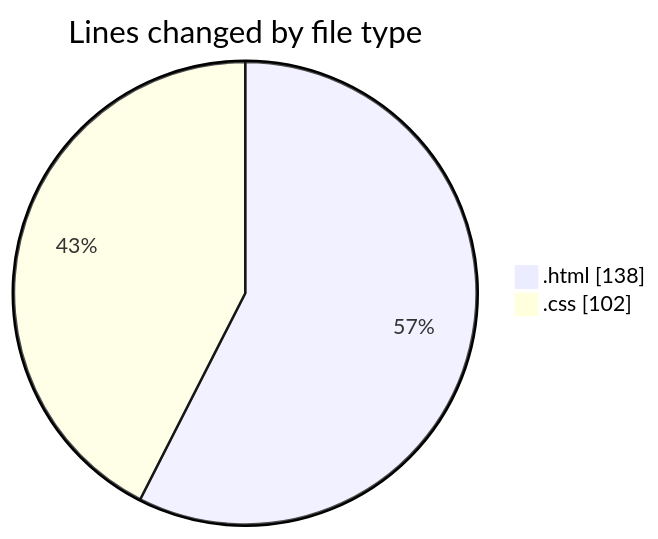
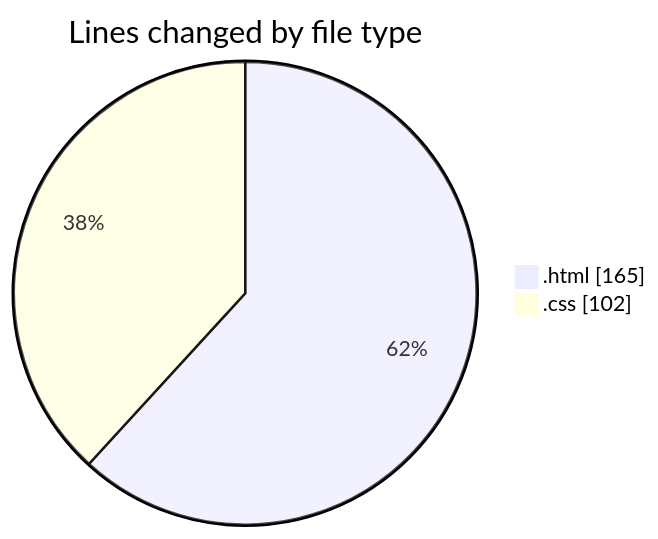
Before and after one commit to Unknowalive/code-tracking: the first of 2 diagrams in 2026-09-01/web_tec_2026/README.md, drawn with Mermaid. The commit also changed other lines of this file and 1 other file, not shown here.

````diff
--- a/2026-09-01/web_tec_2026/README.md
+++ b/2026-09-01/web_tec_2026/README.md
@@ -26,6 +27,6 @@
 ```mermaid
 pie showData
 title Lines changed by file type
-".html" : 138
+".html" : 165
 ".css" : 102
 ```
````
